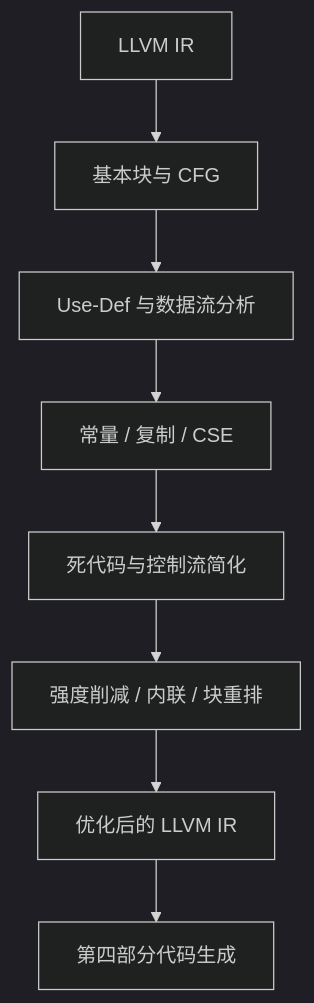
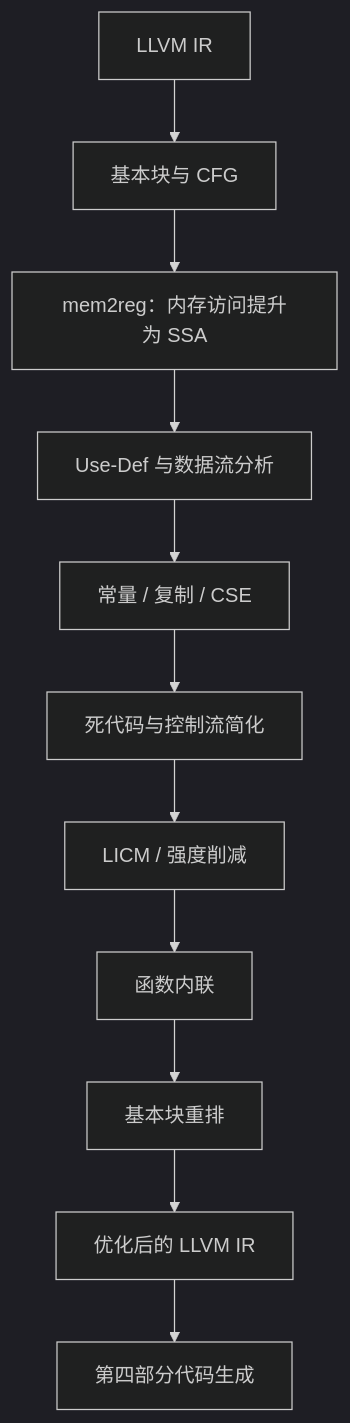
Before and after one commit to lightsmilew/compiler-principles: the first of 4 diagrams in docs/labs/part5-ir-optimization.md, drawn with Mermaid (dark theme). The commit also changed other lines of this file and 32 other files, not shown here.

Commit message:
docs: unify assessment flow and submission guidance

````diff
--- a/docs/labs/part5-ir-optimization.md
+++ b/docs/labs/part5-ir-optimization.md
@@ -16,10 +16,13 @@
 ```mermaid
 flowchart TB
   I[LLVM IR] --> B[基本块与 CFG]
-  B --> D[Use-Def 与数据流分析]
+  B --> M[mem2reg：内存访问提升为 SSA]
+  M --> D[Use-Def 与数据流分析]
   D --> C[常量 / 复制 / CSE]
   C --> X[死代码与控制流简化]
-  X --> S[强度削减 / 内联 / 块重排]
-  S --> O[优化后的 LLVM IR]
+  X --> S[LICM / 强度削减]
+  S --> I2[函数内联]
+  I2 --> L[基本块重排]
+  L --> O[优化后的 LLVM IR]
   O --> G[第四部分代码生成]
 ```
````
